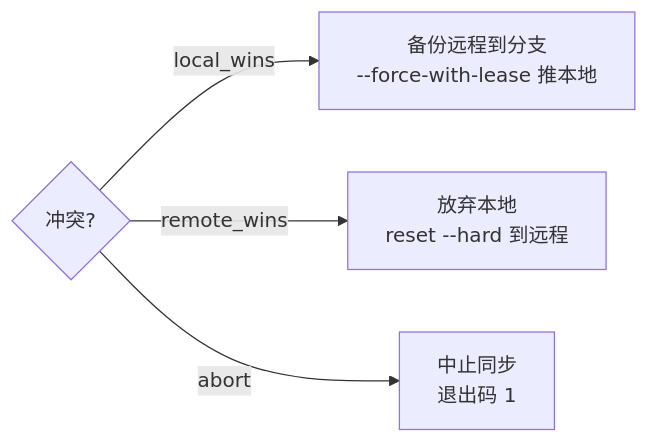
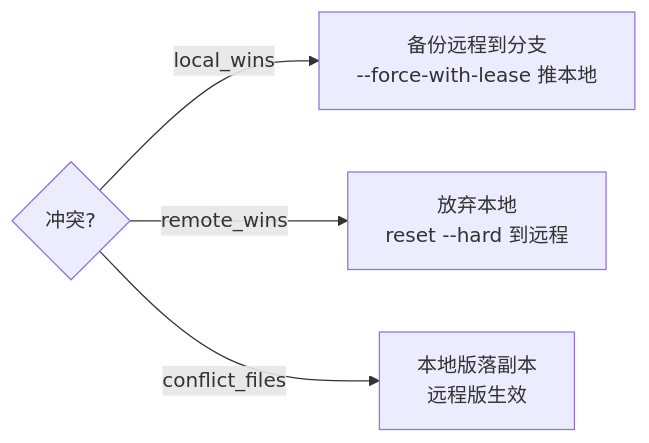
The third of 3 diagrams in docs/prd.md (int2t05/AutoSync), drawn with Mermaid before and after one commit. The commit also changed other lines of this file and 17 other files, not shown here.

First line of the commit message:
feat: 冲突策略重构——新增 conflict_files，删 abort

````diff
--- a/docs/prd.md
+++ b/docs/prd.md
@@ -91,6 +91,6 @@
 ```mermaid
 flowchart LR
   C{冲突?} -->|local_wins| L[备份远程到分支<br/>--force-with-lease 推本地]
   C -->|remote_wins| R[放弃本地<br/>reset --hard 到远程]
-  C -->|abort| A[中止同步<br/>退出码 1]
+  C -->|conflict_files| F[本地版落副本<br/>远程版生效]
 ```
````
